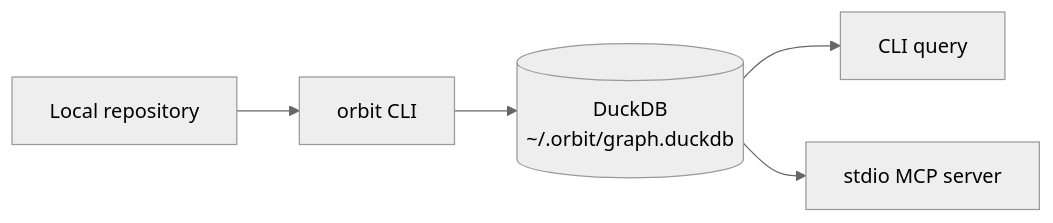
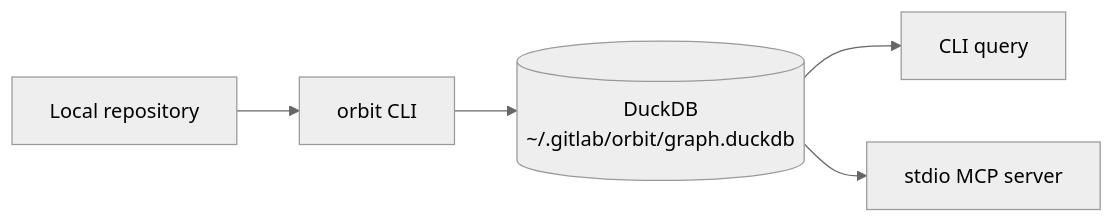
The second of 2 diagrams in docs/source/_index.md (gitlabhq/orbit-knowledge-graph), drawn with Mermaid (neutral theme) before and after one commit. The commit also changed 6 other files, not shown here.

First line of the commit message:
fix(cli): point the DuckDB extension cache and docs at ~/.gitlab/orbit

````diff
--- a/docs/source/_index.md
+++ b/docs/source/_index.md
@@ -85,10 +85,10 @@
 ```mermaid
 flowchart LR
     accTitle: GitLab Orbit Local architecture
     accDescr: The GitLab Orbit CLI parses a local repository, builds a code graph, and writes it to a local DuckDB file. You query the graph via the CLI or connect an AI agent through the stdio MCP server.
 
     Repo[Local repository] --> CLI["orbit CLI"]
-    CLI --> DB[("DuckDB\n~/.orbit/graph.duckdb")]
+    CLI --> DB[("DuckDB\n~/.gitlab/orbit/graph.duckdb")]
     DB --> Query[CLI query]
     DB --> MCP[stdio MCP server]
 ```
````
